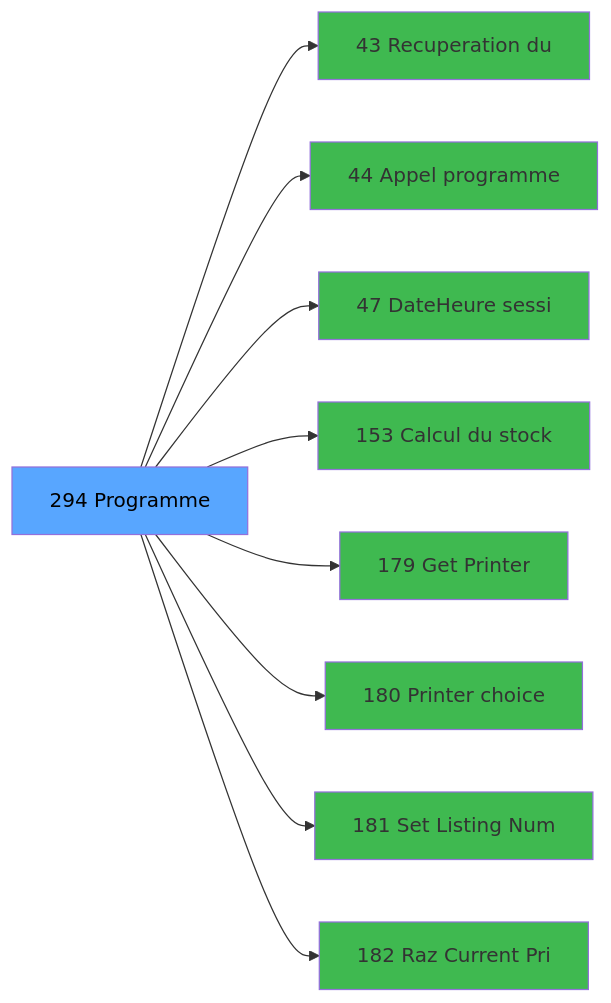
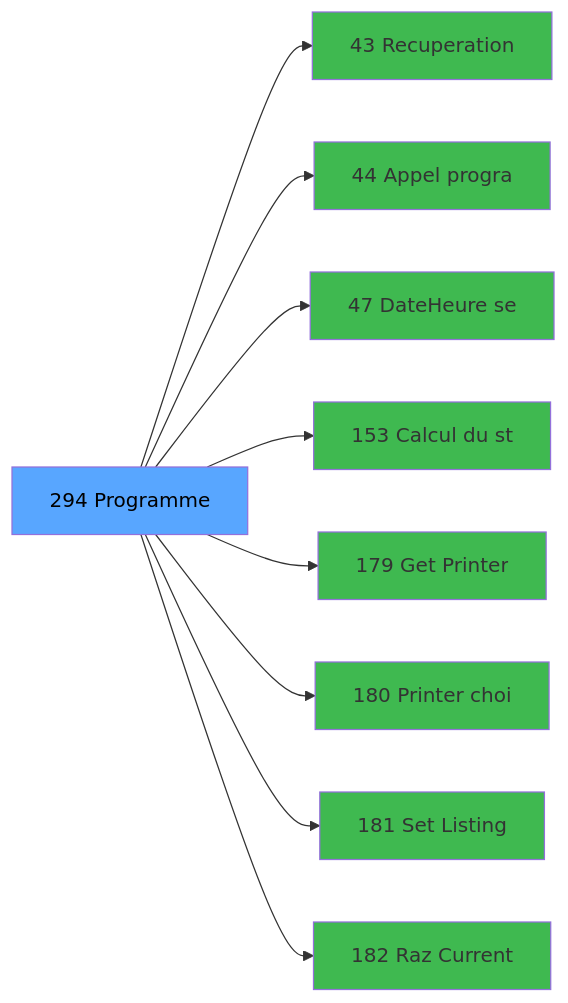
One commit to thonyAGP/magic-migration changed the third of 3 diagrams in .openspec/specs/ADH-IDE-294.md. Above: the diagram before and after it, drawn with Mermaid. The commit also changed other lines of this file and 323 other files, not shown here.

````diff
--- a/.openspec/specs/ADH-IDE-294.md
+++ b/.openspec/specs/ADH-IDE-294.md
@@ -129,29 +147,29 @@
 ```mermaid
 graph LR
     T[294 Programme]
-    C43[43 Recuperation du]
+    C43[43 Recuperation]
     T --> C43
-    C44[44 Appel programme]
+    C44[44 Appel progra]
     T --> C44
-    C47[47 DateHeure sessi]
+    C47[47 DateHeure se]
     T --> C47
-    C153[153 Calcul du stock]
+    C153[153 Calcul du st]
     T --> C153
     C179[179 Get Printer]
     T --> C179
-    C180[180 Printer choice]
+    C180[180 Printer choi]
     T --> C180
-    C181[181 Set Listing Num]
+    C181[181 Set Listing ]
     T --> C181
-    C182[182 Raz Current Pri]
+    C182[182 Raz Current ]
     T --> C182
     style T fill:#58a6ff,color:#000
     style C43 fill:#3fb950
     style C44 fill:#3fb950
     style C47 fill:#3fb950
     style C153 fill:#3fb950
     style C179 fill:#3fb950
     style C180 fill:#3fb950
     style C181 fill:#3fb950
     style C182 fill:#3fb950
 ```
````
